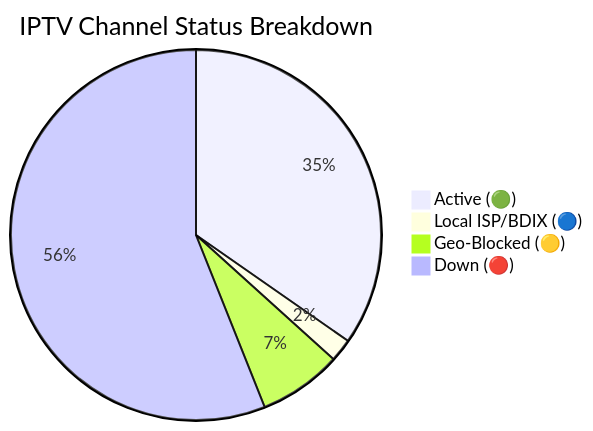
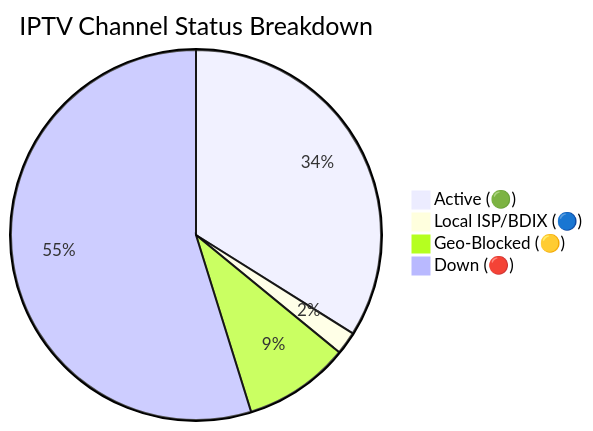
One commit to andreataylord/Ip-tv-Collection changed the diagram in README.md. Above: the diagram before and after it, drawn with Mermaid. The commit also changed other lines of this file and 1 other file, not shown here.

Commit message:
docs(readme): auto-update daily channel status chart

````diff
--- a/README.md
+++ b/README.md
@@ -59,7 +59,7 @@
 ```mermaid
 pie title IPTV Channel Status Breakdown
-    "Active (🟢)" : 2215
+    "Active (🟢)" : 2166
     "Local ISP/BDIX (🔵)" : 128
-    "Geo-Blocked (🟡)" : 464
-    "Down (🔴)" : 3579
+    "Geo-Blocked (🟡)" : 592
+    "Down (🔴)" : 3500
 ```
````
